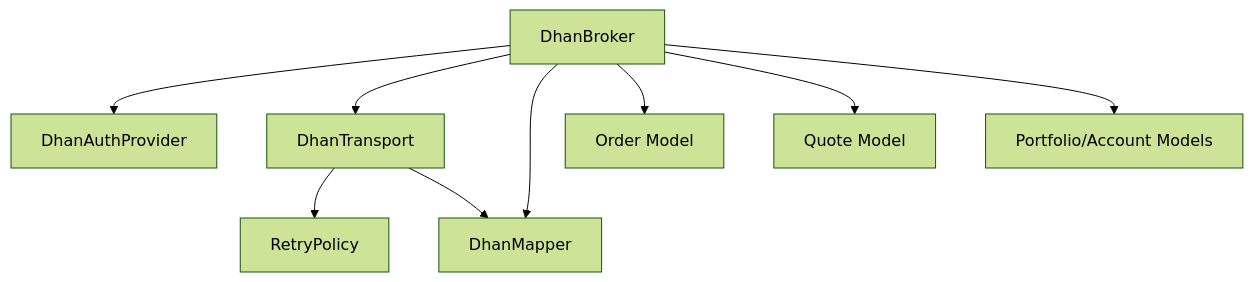
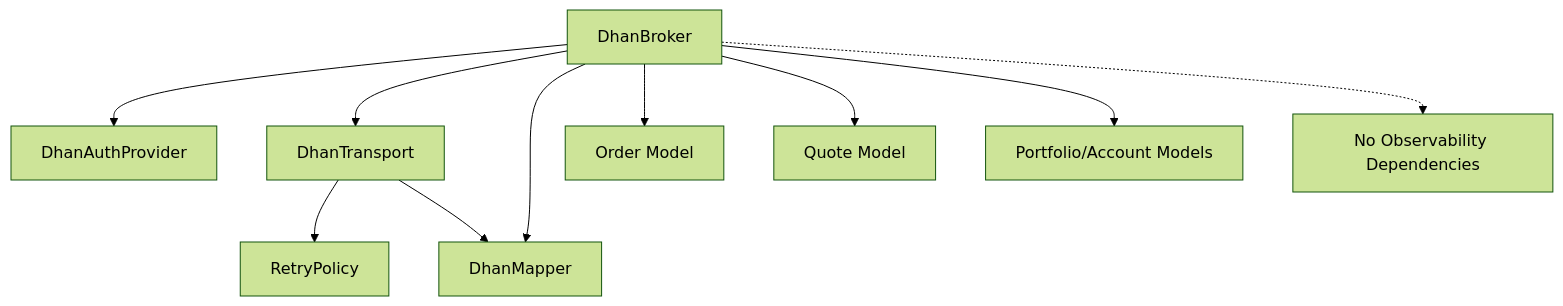
Before and after one commit to Ganesh-Kusundal/nTrade: the tenth of 10 diagrams in .qoder/repowiki/en/content/Broker Integration/Dhan Broker Implementation.md, drawn with Mermaid (forest theme). The commit also changed other lines of this file and 331 other files, not shown here.

````diff
--- a/.qoder/repowiki/en/content/Broker Integration/Dhan Broker Implementation.md
+++ b/.qoder/repowiki/en/content/Broker Integration/Dhan Broker Implementation.md
@@ -385,11 +438,12 @@
 ```mermaid
 graph TB
 DhanBroker["DhanBroker"] --> DhanAuthProvider["DhanAuthProvider"]
 DhanBroker --> DhanTransport["DhanTransport"]
 DhanBroker --> DhanMapper["DhanMapper"]
 DhanTransport --> RetryPolicy["RetryPolicy"]
 DhanTransport --> DhanMapper
 DhanBroker --> OrderModel["Order Model"]
 DhanBroker --> QuoteModel["Quote Model"]
 DhanBroker --> PortfolioModel["Portfolio/Account Models"]
+DhanBroker -.-> NoObs["No Observability Dependencies"]
 ```
````
